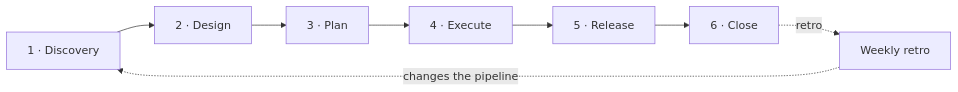
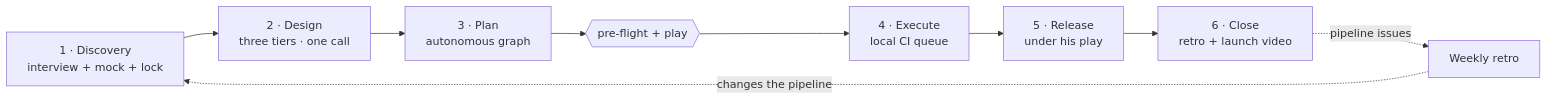
The diagram in README.md (farias-77/skills), drawn with Mermaid before and after one commit. The commit also changed other lines of this file, not shown here.

````diff
--- a/README.md
+++ b/README.md
@@ -29,10 +39,11 @@
 ```mermaid
 flowchart LR
-  D1["1 · Discovery"] --> D2["2 · Design"]
-  D2 --> D3["3 · Plan"]
-  D3 --> D4["4 · Execute"]
-  D4 --> D5["5 · Release"]
-  D5 --> D6["6 · Close"]
-  D6 -. "retro" .-> W["Weekly retro"]
+  D1["1 · Discovery<br/>interview + mock + lock"] --> D2["2 · Design<br/>three tiers · one call"]
+  D2 --> D3["3 · Plan<br/>autonomous graph"]
+  D3 --> PF{{"pre-flight + play"}}
+  PF --> D4["4 · Execute<br/>local CI queue"]
+  D4 --> D5["5 · Release<br/>under his play"]
+  D5 --> D6["6 · Close<br/>retro + launch video"]
+  D6 -. "pipeline issues" .-> W["Weekly retro"]
   W -. "changes the pipeline" .-> D1
 ```
````
